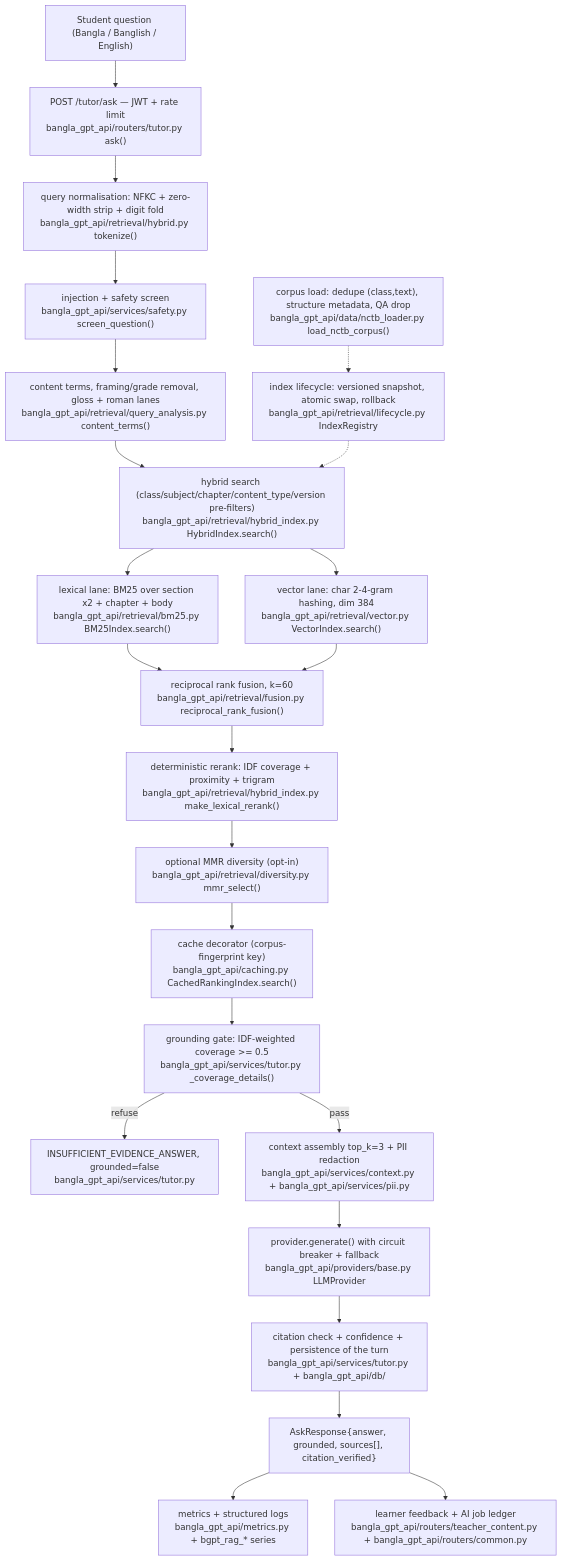
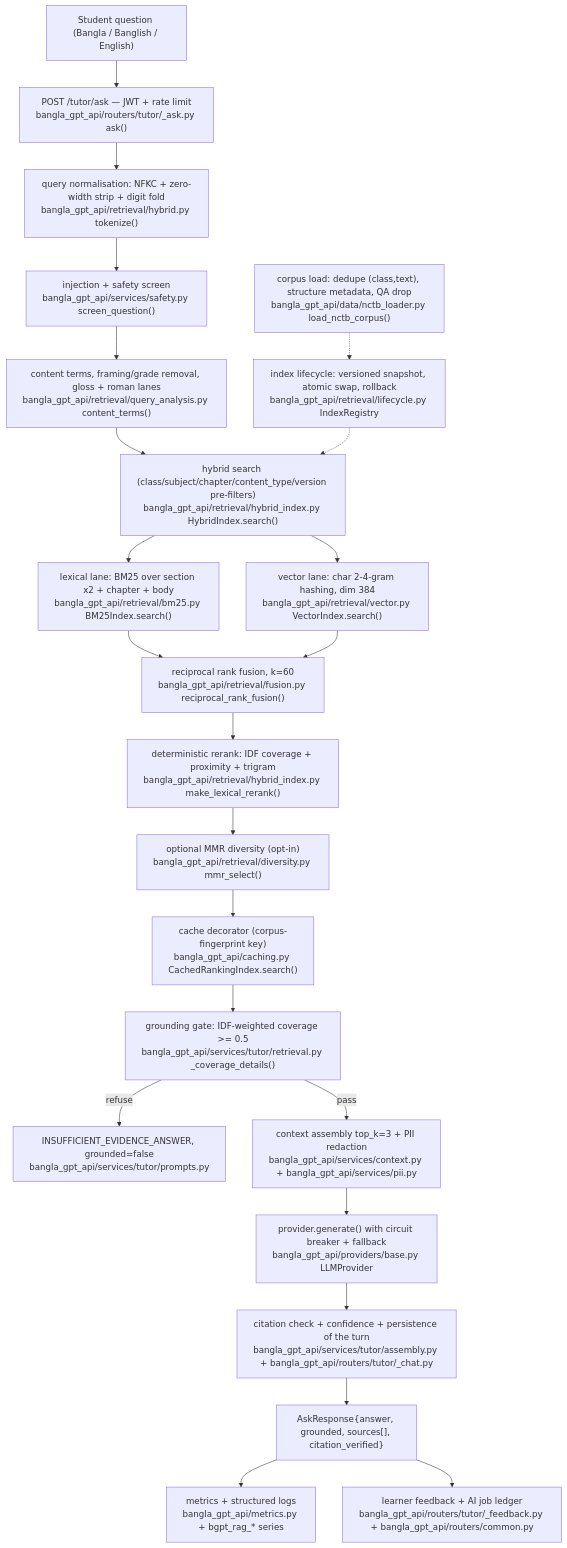
Before and after one commit to tanviruchahs2580/Bangla-GPT-APP: the diagram in docs/RAG_ARCHITECTURE.md, drawn with Mermaid. The commit also changed other lines of this file and 97 other files, not shown here.

````diff
--- a/docs/RAG_ARCHITECTURE.md
+++ b/docs/RAG_ARCHITECTURE.md
@@ -132,25 +132,25 @@
 ```mermaid
 flowchart TD
-  Q["Student question (Bangla / Banglish / English)"] --> ROUTE["POST /tutor/ask — JWT + rate limit<br/>bangla_gpt_api/routers/tutor.py ask()"]
+  Q["Student question (Bangla / Banglish / English)"] --> ROUTE["POST /tutor/ask — JWT + rate limit<br/>bangla_gpt_api/routers/tutor/_ask.py ask()"]
   ROUTE --> NORM["query normalisation: NFKC + zero-width strip + digit fold<br/>bangla_gpt_api/retrieval/hybrid.py tokenize()"]
   NORM --> SAFE["injection + safety screen<br/>bangla_gpt_api/services/safety.py screen_question()"]
   SAFE --> QA["content terms, framing/grade removal, gloss + roman lanes<br/>bangla_gpt_api/retrieval/query_analysis.py content_terms()"]
   QA --> RETR["hybrid search (class/subject/chapter/content_type/version pre-filters)<br/>bangla_gpt_api/retrieval/hybrid_index.py HybridIndex.search()"]
   RETR --> BM["lexical lane: BM25 over section x2 + chapter + body<br/>bangla_gpt_api/retrieval/bm25.py BM25Index.search()"]
   RETR --> VEC["vector lane: char 2-4-gram hashing, dim 384<br/>bangla_gpt_api/retrieval/vector.py VectorIndex.search()"]
   BM --> FUSE["reciprocal rank fusion, k=60<br/>bangla_gpt_api/retrieval/fusion.py reciprocal_rank_fusion()"]
   VEC --> FUSE
   FUSE --> RERANK["deterministic rerank: IDF coverage + proximity + trigram<br/>bangla_gpt_api/retrieval/hybrid_index.py make_lexical_rerank()"]
   RERANK --> DIV["optional MMR diversity (opt-in)<br/>bangla_gpt_api/retrieval/diversity.py mmr_select()"]
   DIV --> CACHE["cache decorator (corpus-fingerprint key)<br/>bangla_gpt_api/caching.py CachedRankingIndex.search()"]
-  CACHE --> GATE["grounding gate: IDF-weighted coverage >= 0.5<br/>bangla_gpt_api/services/tutor.py _coverage_details()"]
-  GATE -->|refuse| ABSTAIN["INSUFFICIENT_EVIDENCE_ANSWER, grounded=false<br/>bangla_gpt_api/services/tutor.py"]
+  CACHE --> GATE["grounding gate: IDF-weighted coverage >= 0.5<br/>bangla_gpt_api/services/tutor/retrieval.py _coverage_details()"]
+  GATE -->|refuse| ABSTAIN["INSUFFICIENT_EVIDENCE_ANSWER, grounded=false<br/>bangla_gpt_api/services/tutor/prompts.py"]
   GATE -->|pass| CTX["context assembly top_k=3 + PII redaction<br/>bangla_gpt_api/services/context.py + bangla_gpt_api/services/pii.py"]
   CTX --> LLM["provider.generate() with circuit breaker + fallback<br/>bangla_gpt_api/providers/base.py LLMProvider"]
-  LLM --> CIT["citation check + confidence + persistence of the turn<br/>bangla_gpt_api/services/tutor.py + bangla_gpt_api/db/"]
+  LLM --> CIT["citation check + confidence + persistence of the turn<br/>bangla_gpt_api/services/tutor/assembly.py + bangla_gpt_api/routers/tutor/_chat.py"]
   CIT --> OUT["AskResponse{answer, grounded, sources[], citation_verified}"]
   OUT --> MET["metrics + structured logs<br/>bangla_gpt_api/metrics.py + bgpt_rag_* series"]
-  OUT --> FB["learner feedback + AI job ledger<br/>bangla_gpt_api/routers/teacher_content.py + bangla_gpt_api/routers/common.py"]
+  OUT --> FB["learner feedback + AI job ledger<br/>bangla_gpt_api/routers/tutor/_feedback.py + bangla_gpt_api/routers/common.py"]
   INDEX["index lifecycle: versioned snapshot, atomic swap, rollback<br/>bangla_gpt_api/retrieval/lifecycle.py IndexRegistry"] -.-> RETR
   LOADER["corpus load: dedupe (class,text), structure metadata, QA drop<br/>bangla_gpt_api/data/nctb_loader.py load_nctb_corpus()"] -.-> INDEX
 ```
````
